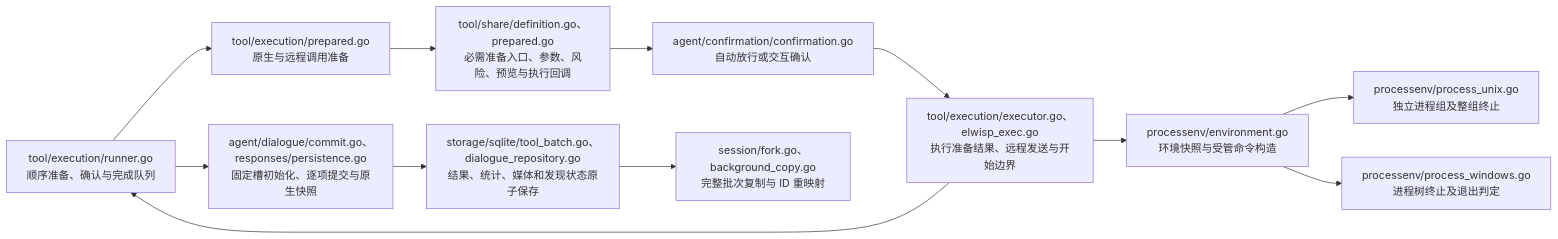
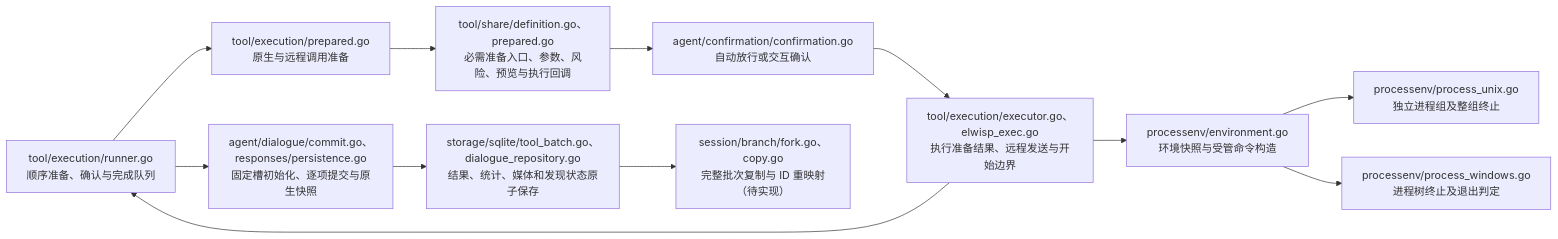
Before and after one commit to Elflare/elbot: the sixth of 15 diagrams in devdocs/architecture.md, drawn with Mermaid. The commit also changed other lines of this file and 120 other files, not shown here.

````diff
--- a/devdocs/architecture.md
+++ b/devdocs/architecture.md
@@ -258,14 +258,14 @@
 ```mermaid
 flowchart LR
     R["tool/execution/runner.go<br/>顺序准备、确认与完成队列"] --> A["tool/execution/prepared.go<br/>原生与远程调用准备"]
     A --> D["tool/share/definition.go、prepared.go<br/>必需准备入口、参数、风险、预览与执行回调"]
     D --> Q["agent/confirmation/confirmation.go<br/>自动放行或交互确认"]
     Q --> W["tool/execution/executor.go、elwisp_exec.go<br/>执行准备结果、远程发送与开始边界"]
     W --> R
     R --> C["agent/dialogue/commit.go、responses/persistence.go<br/>固定槽初始化、逐项提交与原生快照"]
     C --> S["storage/sqlite/tool_batch.go、dialogue_repository.go<br/>结果、统计、媒体和发现状态原子保存"]
-    S --> F["session/fork.go、background_copy.go<br/>完整批次复制与 ID 重映射"]
+    S --> F["session/branch/fork.go、copy.go<br/>完整批次复制与 ID 重映射（待实现）"]
     W --> P["processenv/environment.go<br/>环境快照与受管命令构造"]
     P --> U["processenv/process_unix.go<br/>独立进程组及整组终止"]
     P --> V["processenv/process_windows.go<br/>进程树终止及退出判定"]
 ```
````
